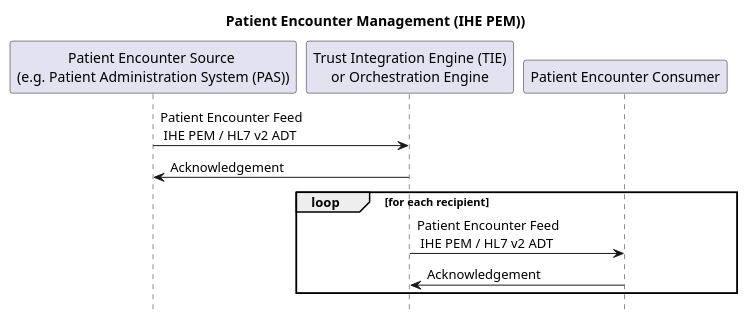
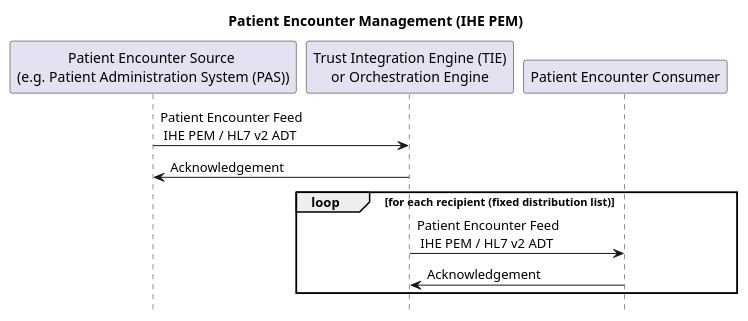
Before and after one commit to NHSDigital/interoperability-standards-documentation: the diagram in input/images-source/patient-encounter-management-sequence-notifications-current.plantuml, drawn with PlantUML. The commit also changed 1190 other files, not shown here.

```diff
--- a/input/images-source/patient-encounter-management-sequence-notifications-current.plantuml
+++ b/input/images-source/patient-encounter-management-sequence-notifications-current.plantuml
@@ -1,20 +1,20 @@
 @startuml
 
 hide footbox
 
-title "Patient Encounter Management (IHE PEM))"
+title "Patient Encounter Management (IHE PEM)"
 
 participant "Patient Encounter Source \n(e.g. Patient Administration System (PAS))" as PEMSource
 participant "Trust Integration Engine (TIE)\nor Orchestration Engine" as PEMManager
 participant "Patient Encounter Consumer" as PEMConsumer
 
 
 PEMSource -> PEMManager : Patient Encounter Feed \n IHE PEM / HL7 v2 ADT
 PEMManager -> PEMSource : Acknowledgement
-loop for each recipient
+loop for each recipient (fixed distribution list)
   PEMManager -> PEMConsumer : Patient Encounter Feed \n IHE PEM / HL7 v2 ADT
   PEMConsumer -> PEMManager : Acknowledgement
 end
 
 
 @enduml
```
